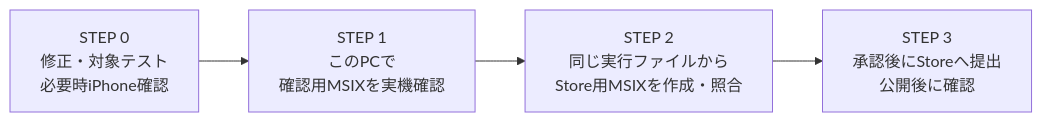
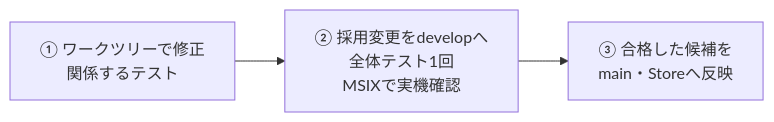
The first of 2 diagrams in docs/010_RELEASE.md (ore-no-fusen/ore-no-fusen), drawn with Mermaid before and after one commit. The commit also changed other lines of this file and 10 other files, not shown here.

````diff
--- a/docs/010_RELEASE.md
+++ b/docs/010_RELEASE.md
@@ -3,4 +7,4 @@
 ```mermaid
 flowchart LR
-    A["STEP 0<br/>修正・対象テスト<br/>必要時iPhone確認"] --> B["STEP 1<br/>このPCで<br/>確認用MSIXを実機確認"] --> C["STEP 2<br/>同じ実行ファイルから<br/>Store用MSIXを作成・照合"] --> D["STEP 3<br/>承認後にStoreへ提出<br/>公開後に確認"]
+ A["① ワークツリーで修正<br/>関係するテスト"] --> B["② 採用変更をdevelopへ<br/>全体テスト1回<br/>MSIXで実機確認"] --> C["③ 合格した候補を<br/>main・Storeへ反映"]
 ```
````
